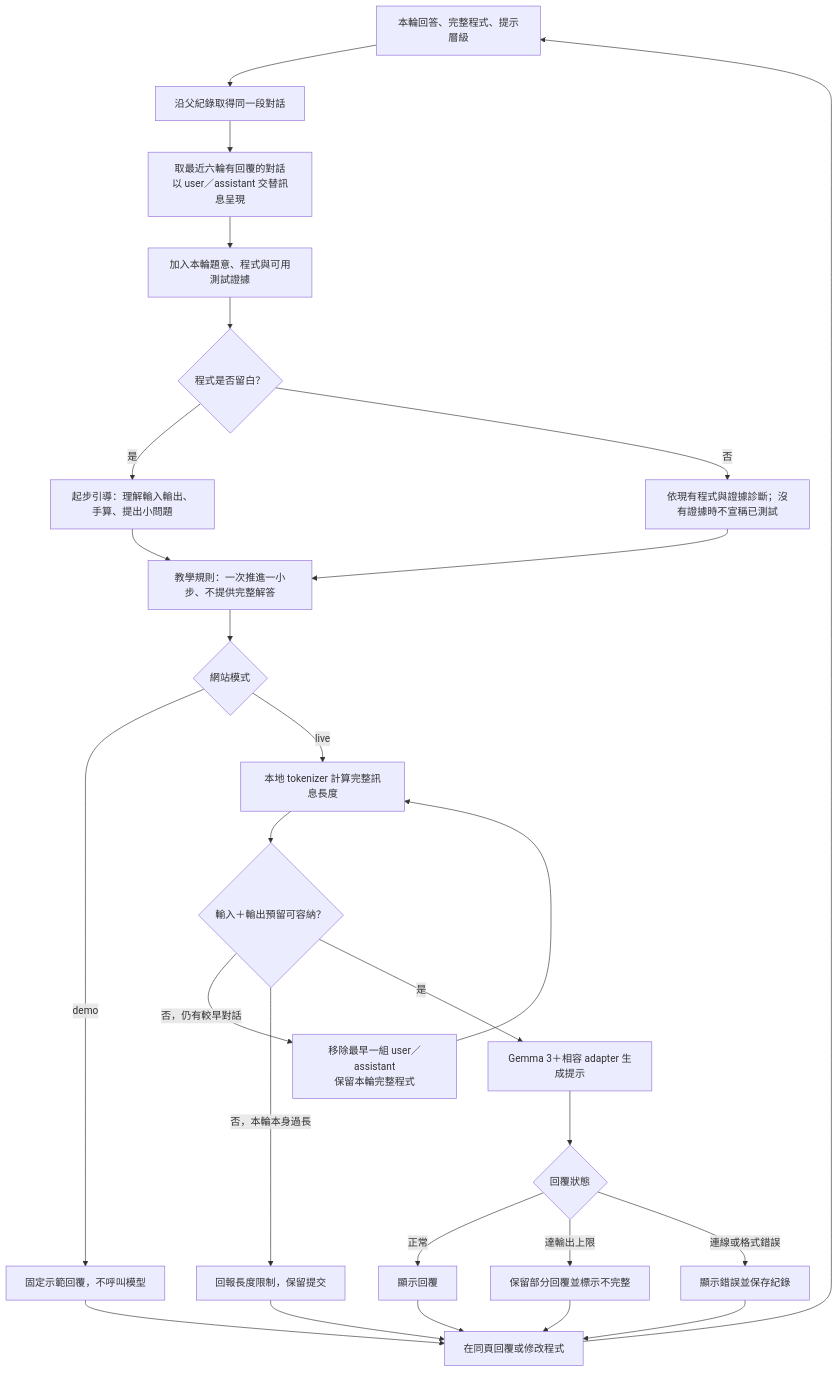
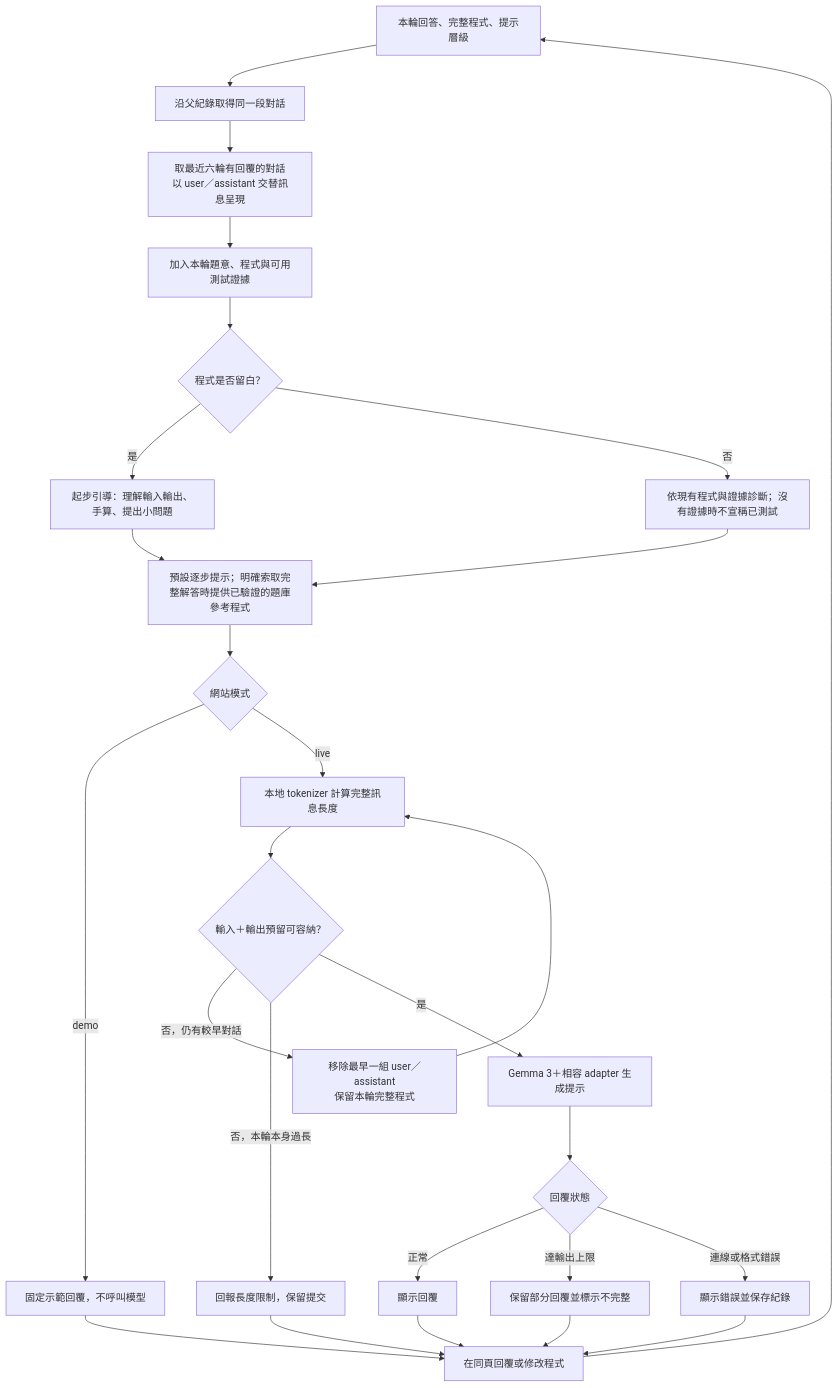
Before and after one commit to yuu1026/CPE-Coach: the fourth of 6 diagrams in docs/FLOWCHARTS.md, drawn with Mermaid. The commit also changed 10 other files, not shown here.

````diff
--- a/docs/FLOWCHARTS.md
+++ b/docs/FLOWCHARTS.md
@@ -84,29 +84,29 @@
 ```mermaid
 flowchart TD
     A["本輪回答、完整程式、提示層級"] --> B["沿父紀錄取得同一段對話"]
     B --> C["取最近六輪有回覆的對話<br/>以 user／assistant 交替訊息呈現"]
     C --> D["加入本輪題意、程式與可用測試證據"]
     D --> E{"程式是否留白？"}
     E -->|是| F["起步引導：理解輸入輸出、手算、提出小問題"]
     E -->|否| G["依現有程式與證據診斷；沒有證據時不宣稱已測試"]
-    F --> H["教學規則：一次推進一小步、不提供完整解答"]
+    F --> H["預設逐步提示；明確索取完整解答時提供已驗證的題庫參考程式"]
     G --> H
     H --> I{"網站模式"}
     I -->|demo| J["固定示範回覆，不呼叫模型"]
     I -->|live| K["本地 tokenizer 計算完整訊息長度"]
     K --> L{"輸入＋輸出預留可容納？"}
     L -->|否，仍有較早對話| M["移除最早一組 user／assistant<br/>保留本輪完整程式"]
     M --> K
     L -->|否，本輪本身過長| N["回報長度限制，保留提交"]
     L -->|是| O["Gemma 3＋相容 adapter 生成提示"]
     O --> P{"回覆狀態"}
     P -->|正常| Q["顯示回覆"]
     P -->|達輸出上限| R["保留部分回覆並標示不完整"]
     P -->|連線或格式錯誤| S["顯示錯誤並保存紀錄"]
     J --> T["在同頁回覆或修改程式"]
     Q --> T
     R --> T
     S --> T
     N --> T
     T --> A
 ```
````
